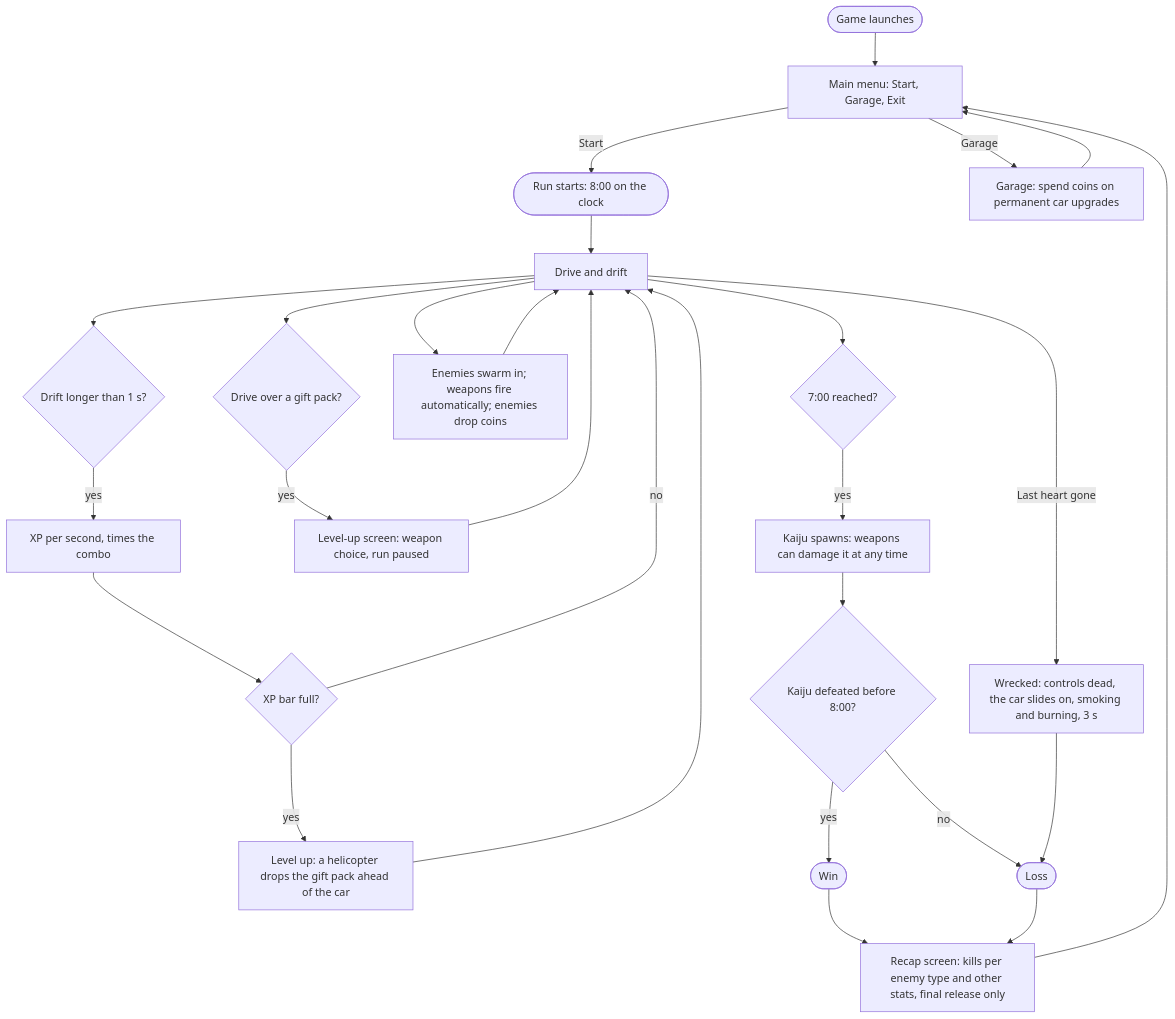
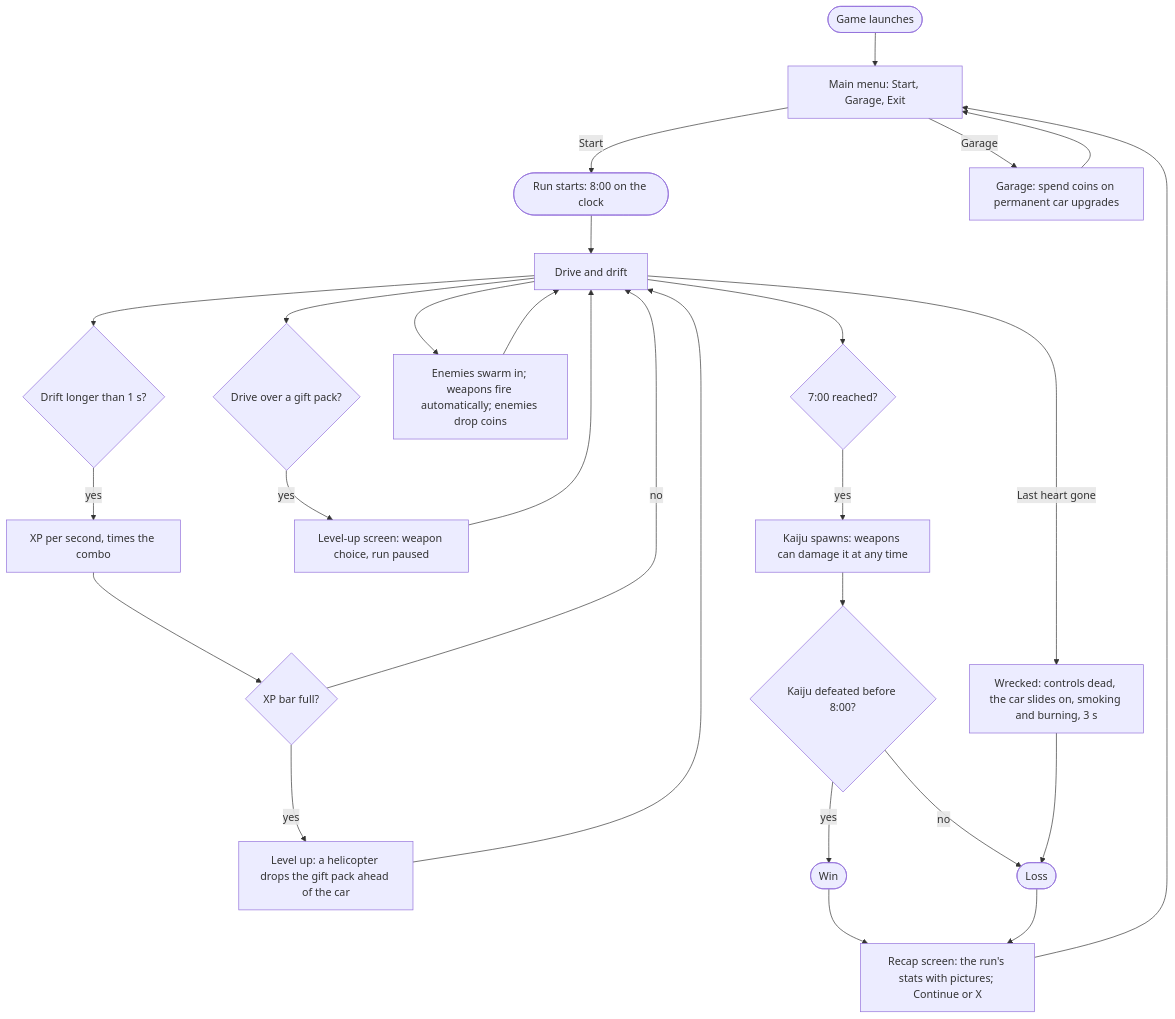
One commit to akyrat/solid-carbide-game changed the diagram in docs/game-loop-architecture.md. Above: the diagram before and after it, drawn with Mermaid. The commit also changed other lines of this file and 17 other files, not shown here.

Commit message:
T-320: the recap screen after every run, with pictures

````diff
--- a/docs/game-loop-architecture.md
+++ b/docs/game-loop-architecture.md
@@ -59,23 +59,23 @@
 ```mermaid
 flowchart TD
     launch([Game launches]) --> menu
     start([Run starts: 8:00 on the clock]) --> drive[Drive and drift]
     drive --> drift{Drift longer than 1 s?}
     drift -- yes --> dxp[XP per second, times the combo] --> lvl{XP bar full?}
     lvl -- yes --> heli[Level up: a helicopter drops the gift pack ahead of the car] --> drive
     drive --> pack{Drive over a gift pack?}
     pack -- yes --> choice[Level-up screen: weapon choice, run paused] --> drive
     lvl -- no --> drive
     drive --> enemies[Enemies swarm in; weapons fire automatically; enemies drop coins] --> drive
     drive --> boss{7:00 reached?}
     boss -- yes --> kaiju[Kaiju spawns: weapons can damage it at any time]
     kaiju --> win{Kaiju defeated before 8:00?}
     win -- yes --> won([Win])
     win -- no --> lost([Loss])
     drive -- Last heart gone --> wreck[Wrecked: controls dead, the car slides on, smoking and burning, 3 s] --> lost
-    won --> recap[Recap screen: kills per enemy type and other stats, final release only]
+    won --> recap[Recap screen: the run's stats with pictures; Continue or X]
     lost --> recap
     recap --> menu[Main menu: Start, Garage, Exit]
     menu -- Garage --> garage[Garage: spend coins on permanent car upgrades] --> menu
     menu -- Start --> start
 ```
````
